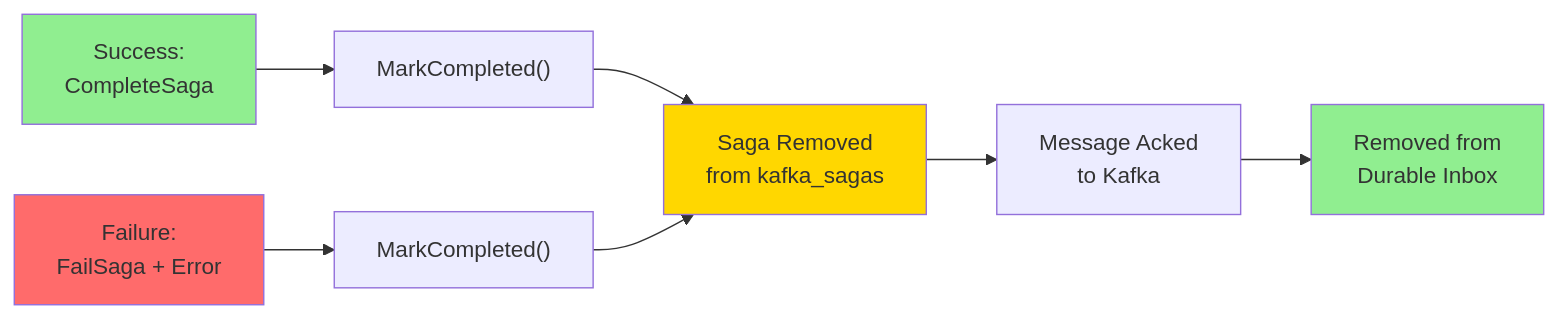
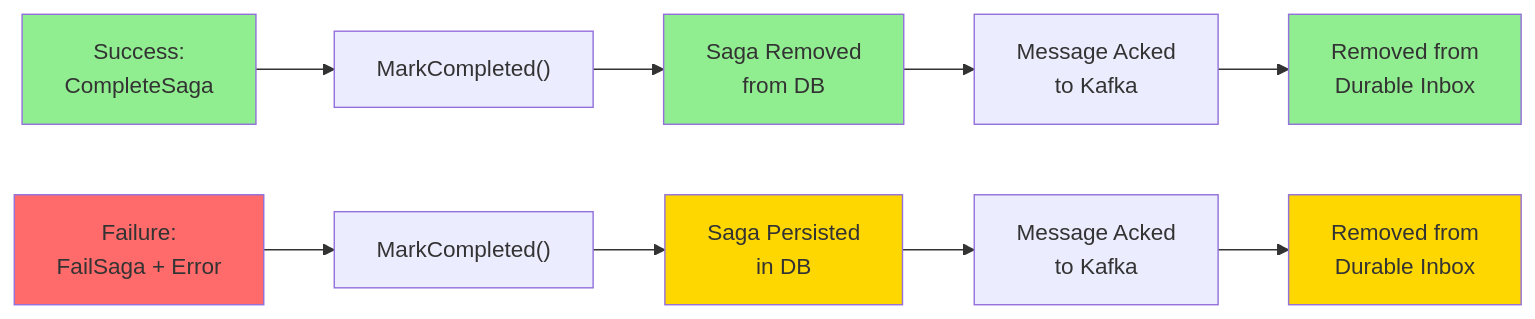
One commit to benomine/WolverineSagas changed the second of 2 diagrams in README.md. Above: the diagram before and after it, drawn with Mermaid. The commit also changed other lines of this file, not shown here.

First line of the commit message:
docs: Revise README to clarify failed message persistence

````diff
--- a/README.md
+++ b/README.md
@@ -109,14 +130,21 @@
 ```mermaid
 graph LR
     Success["Success:<br/>CompleteSaga"] --> MarkComplete1["MarkCompleted()"]
     Failure["Failure:<br/>FailSaga + Error"] --> MarkComplete2["MarkCompleted()"]
-    MarkComplete1 --> DBClean["Saga Removed<br/>from kafka_sagas"]
-    MarkComplete2 --> DBClean
-    DBClean --> KafkaAck["Message Acked<br/>to Kafka"]
-    KafkaAck --> Inbox["Removed from<br/>Durable Inbox"]
+    
+    MarkComplete1 --> DBClean["Saga Removed<br/>from DB"]
+    MarkComplete2 --> DBKeep["Saga Persisted<br/>in DB"]
+    
+    DBClean --> KafkaAck1["Message Acked<br/>to Kafka"]
+    DBKeep --> KafkaAck2["Message Acked<br/>to Kafka"]
+    
+    KafkaAck1 --> Inbox1["Removed from<br/>Durable Inbox"]
+    KafkaAck2 --> Inbox2["Removed from<br/>Durable Inbox"]
     
     style Success fill:#90EE90
     style Failure fill:#FF6B6B
-    style DBClean fill:#FFD700
-    style Inbox fill:#90EE90
+    style DBClean fill:#90EE90
+    style DBKeep fill:#FFD700
+    style Inbox1 fill:#90EE90
+    style Inbox2 fill:#FFD700
 ```
````
